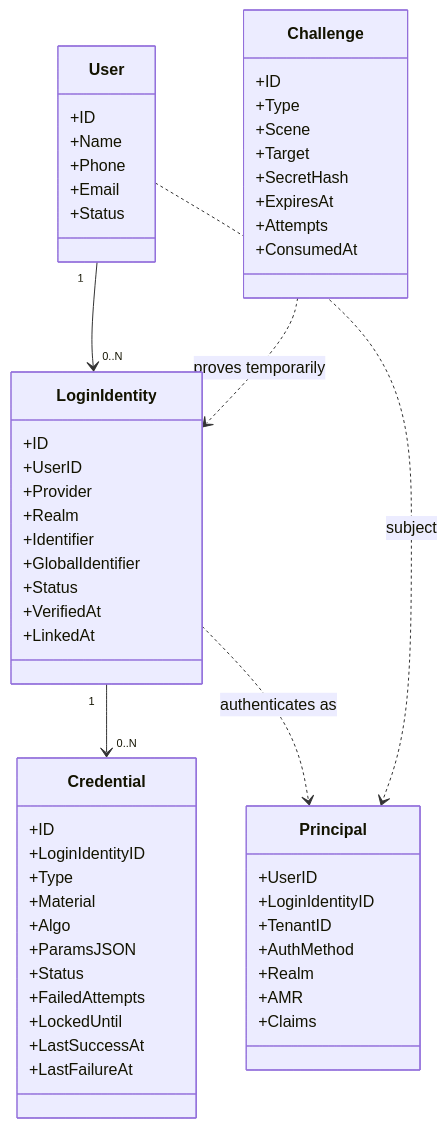
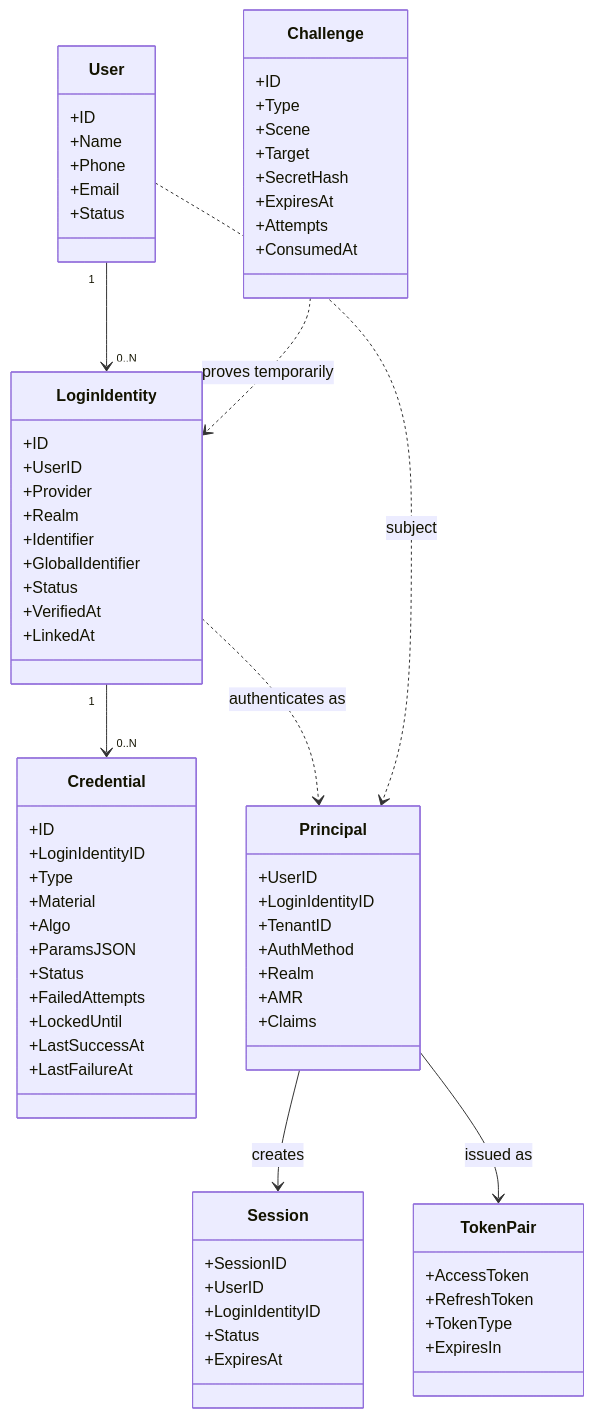
One commit to FangcunMount/iam changed the diagram in docs/02-认证AuthN/00-AuthN模型总览-User-LoginIdentity-Credential-Challenge.md. Above: the diagram before and after it, drawn with Mermaid. The commit also changed other lines of this file and 11 other files, not shown here.

````diff
--- a/docs/02-认证AuthN/00-AuthN模型总览-User-LoginIdentity-Credential-Challenge.md
+++ b/docs/02-认证AuthN/00-AuthN模型总览-User-LoginIdentity-Credential-Challenge.md
@@ -171,63 +284,80 @@
 ```mermaid
 classDiagram
     class User {
         +ID
         +Name
         +Phone
         +Email
         +Status
     }
 
     class LoginIdentity {
         +ID
         +UserID
         +Provider
         +Realm
         +Identifier
         +GlobalIdentifier
         +Status
         +VerifiedAt
         +LinkedAt
     }
 
     class Credential {
         +ID
         +LoginIdentityID
         +Type
         +Material
         +Algo
         +ParamsJSON
         +Status
         +FailedAttempts
         +LockedUntil
         +LastSuccessAt
         +LastFailureAt
     }
 
     class Challenge {
         +ID
         +Type
         +Scene
         +Target
         +SecretHash
         +ExpiresAt
         +Attempts
         +ConsumedAt
     }
 
     class Principal {
         +UserID
         +LoginIdentityID
         +TenantID
         +AuthMethod
         +Realm
         +AMR
         +Claims
     }
 
+    class Session {
+        +SessionID
+        +UserID
+        +LoginIdentityID
+        +Status
+        +ExpiresAt
+    }
+
+    class TokenPair {
+        +AccessToken
+        +RefreshToken
+        +TokenType
+        +ExpiresIn
+    }
+
     User "1" --> "0..N" LoginIdentity
     LoginIdentity "1" --> "0..N" Credential
     Challenge ..> LoginIdentity : proves temporarily
     LoginIdentity ..> Principal : authenticates as
     User ..> Principal : subject
+    Principal --> Session : creates
+    Principal --> TokenPair : issued as
 ```
````
